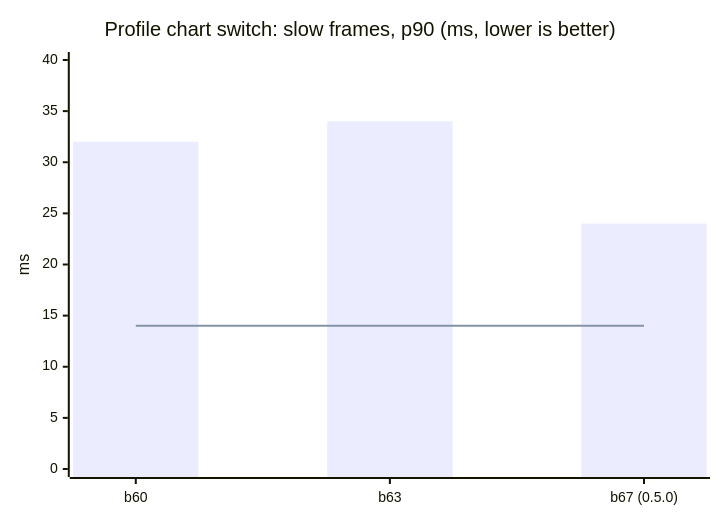
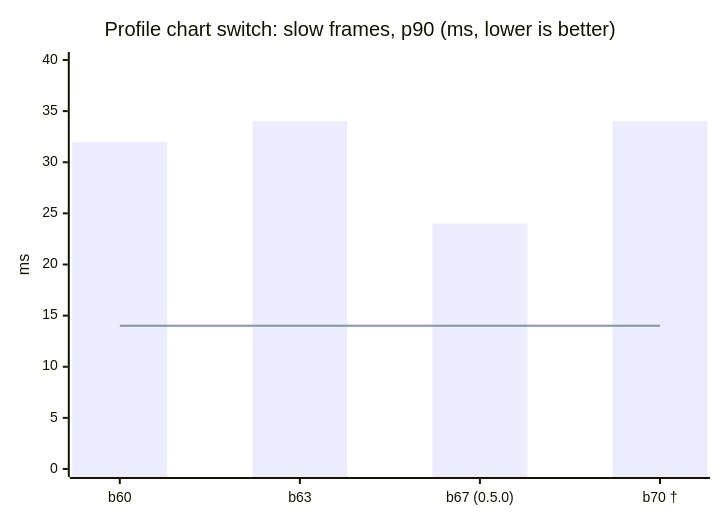
The third of 3 diagrams in performance/README.md (faiz03-glicth/teras-releases), drawn with Mermaid before and after one commit. The commit also changed other lines of this file, not shown here.

Commit message:
Performance page: build 70's second Home run, chart switch, memory and cold start, with the phone-temperature caveat

````diff
--- a/performance/README.md
+++ b/performance/README.md
@@ -61,8 +71,8 @@
 ```mermaid
 xychart-beta
   title "Profile chart switch: slow frames, p90 (ms, lower is better)"
-  x-axis ["b60", "b63", "b67 (0.5.0)"]
+  x-axis ["b60", "b63", "b67 (0.5.0)", "b70 †"]
   y-axis "ms" 0 --> 40
-  bar [32, 34, 24]
-  line [14, 14, 14]
+  bar [32, 34, 24, 34]
+  line [14, 14, 14, 14]
 ```
````
